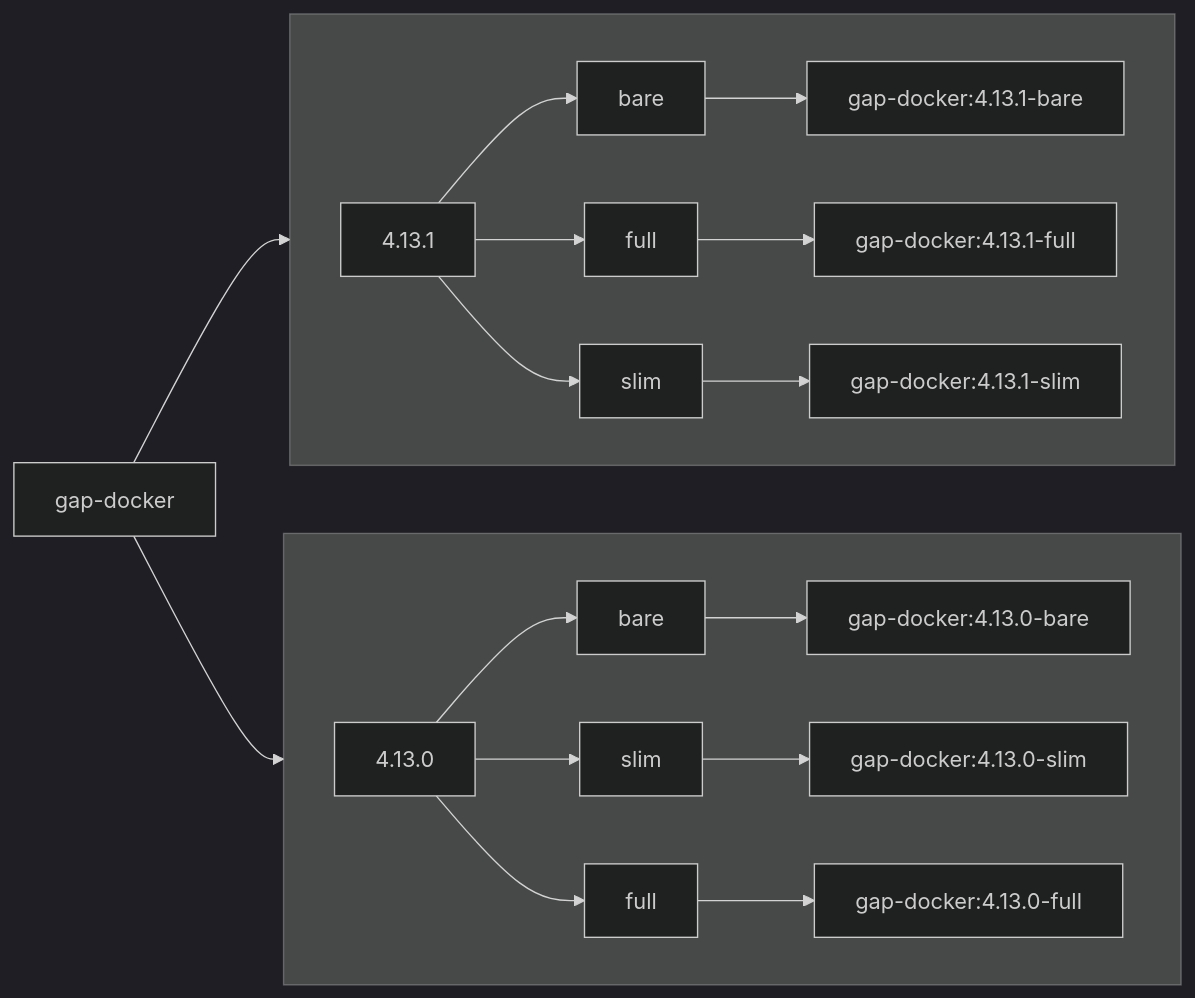
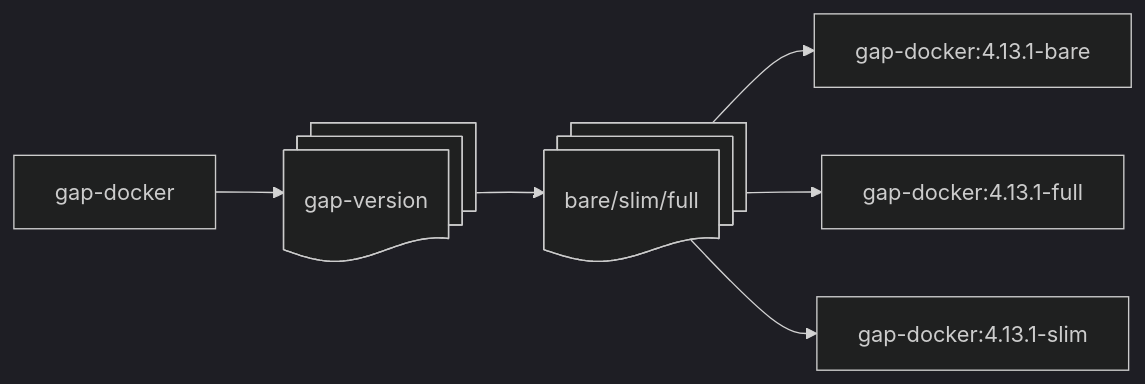
The diagram in README.md (gap-system/docker), drawn with Mermaid (dark theme) before and after one commit.

Commit message:
docs: Test shapes and labels

````diff
--- a/README.md
+++ b/README.md
@@ -7,27 +7,10 @@
 ```mermaid
     graph LR
-        A[gap-docker] --> O1
-        A[gap-docker] --> O2
+        A[gap-docker] --> B
+   
+        B@{ shape: docs, label: "gap-version"} --> D@{ shape: docs, label: "bare/slim/full"}
     
-        subgraph  O1 [ ]
-            direction LR
-            B[4.13.1] --> D[bare]
-            B --> E[slim]
-            B --> F[full]
-        
-            D --> H[gap-docker:4.13.1-bare]
-            F --> K[gap-docker:4.13.1-full]
-            E --> I[gap-docker:4.13.1-slim]
-        end
-        
-        subgraph O2 [ ]
-            direction LR
-            B1[4.13.0] --> D1[bare]
-            B1 --> E1[full]
-            B1 --> F1[slim]
-        
-            D1 --> H1[gap-docker:4.13.0-bare]
-            F1 --> K1[gap-docker:4.13.0-slim]
-            E1 --> I1[gap-docker:4.13.0-full]
-        end
+        D --> H[gap-docker:4.13.1-bare]
+        D --> K[gap-docker:4.13.1-full]
+        D --> I[gap-docker:4.13.1-slim]
 ```
````
